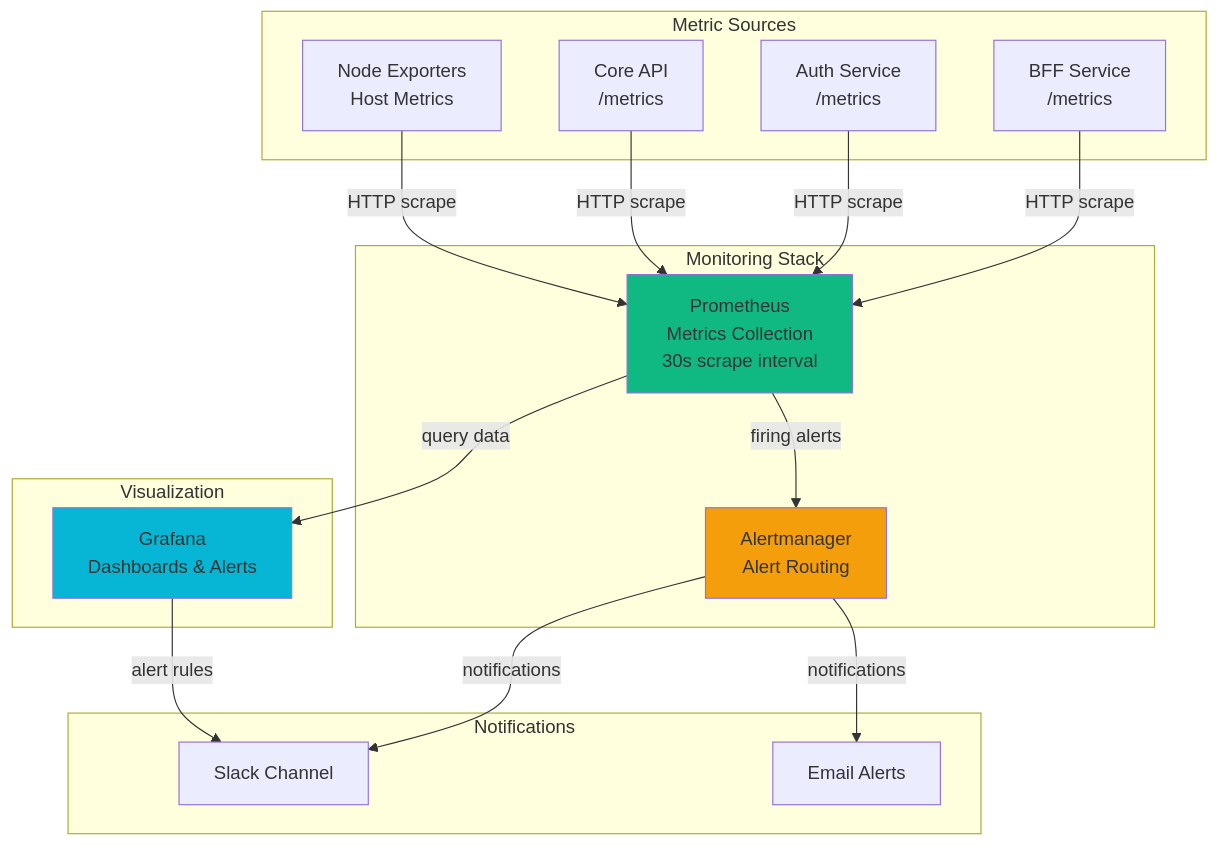
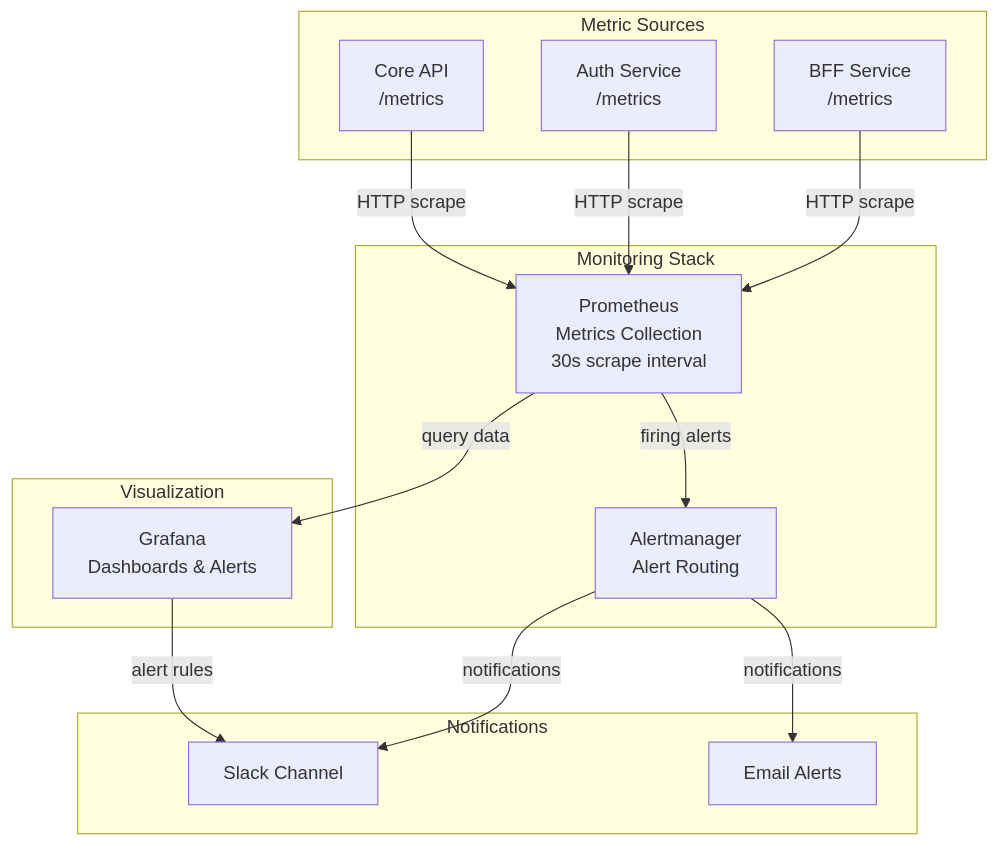
One commit to goalixa/goalixa.github.io changed the fourth of 4 diagrams in pages/architecture.mdx. Above: the diagram before and after it, drawn with Mermaid. The commit also changed other lines of this file and 8 other files, not shown here.

````diff
--- a/pages/architecture.mdx
+++ b/pages/architecture.mdx
@@ -299,38 +212,32 @@
 ```mermaid
 graph TB
     subgraph "Metric Sources"
         BFF[BFF Service<br/>/metrics]
         Auth[Auth Service<br/>/metrics]
         Core[Core API<br/>/metrics]
-        Nodes[Node Exporters<br/>Host Metrics]
     end
 
     subgraph "Monitoring Stack"
         Prometheus[Prometheus<br/>Metrics Collection<br/>30s scrape interval]
         AlertMgr[Alertmanager<br/>Alert Routing]
     end
 
     subgraph "Visualization"
         Grafana[Grafana<br/>Dashboards & Alerts]
     end
 
     subgraph "Notifications"
         Slack[Slack Channel]
         Email[Email Alerts]
     end
 
     BFF -->|HTTP scrape| Prometheus
     Auth -->|HTTP scrape| Prometheus
     Core -->|HTTP scrape| Prometheus
-    Nodes -->|HTTP scrape| Prometheus
 
     Prometheus -->|firing alerts| AlertMgr
     Prometheus -->|query data| Grafana
     AlertMgr -->|notifications| Slack
     AlertMgr -->|notifications| Email
     Grafana -->|alert rules| Slack
-
-    style Prometheus fill:#10b981
-    style Grafana fill:#06b6d4
-    style AlertMgr fill:#f59e0b
 ```
````
